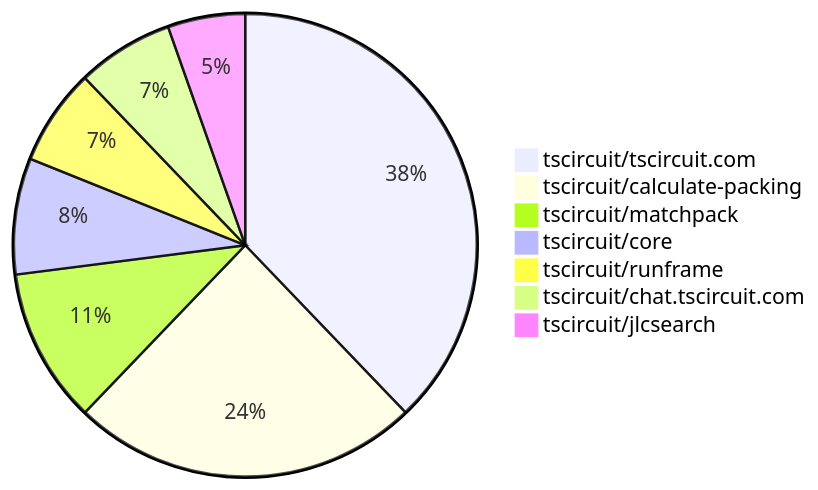
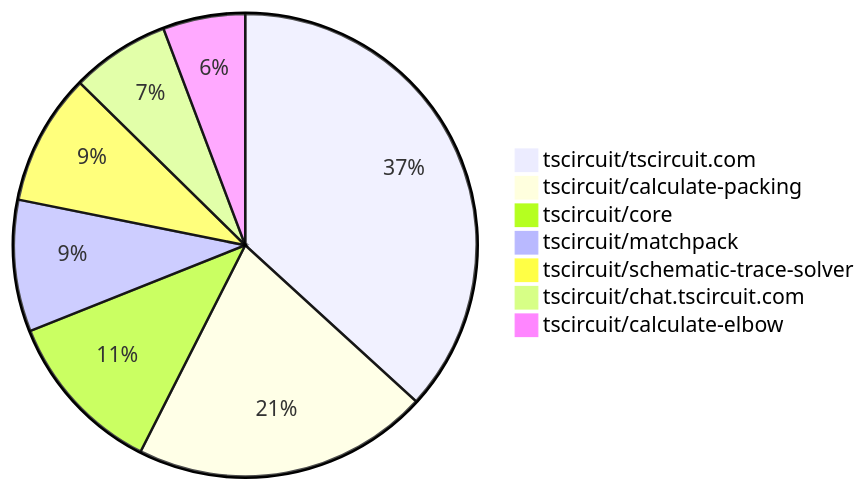
Before and after one commit to tscircuit/contribution-tracker: the second of 2 diagrams in README.md, drawn with Mermaid. The commit also changed other lines of this file and 3 other files, not shown here.

````diff
--- a/README.md
+++ b/README.md
@@ -94,10 +99,10 @@
 ```mermaid
 pie
-    "tscircuit/tscircuit.com" : 28
+    "tscircuit/tscircuit.com" : 32
     "tscircuit/calculate-packing" : 18
+    "tscircuit/core" : 10
     "tscircuit/matchpack" : 8
-    "tscircuit/core" : 6
-    "tscircuit/runframe" : 5
-    "tscircuit/chat.tscircuit.com" : 5
-    "tscircuit/jlcsearch" : 4
+    "tscircuit/schematic-trace-solver" : 8
+    "tscircuit/chat.tscircuit.com" : 6
+    "tscircuit/calculate-elbow" : 5
 ```
````
